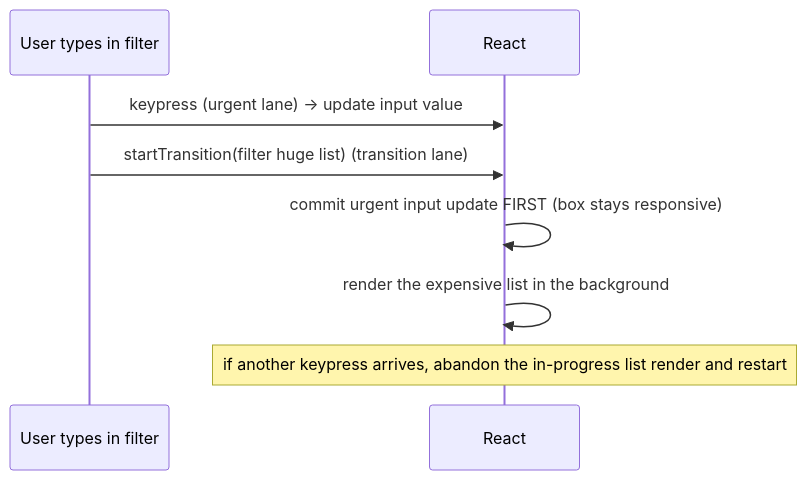
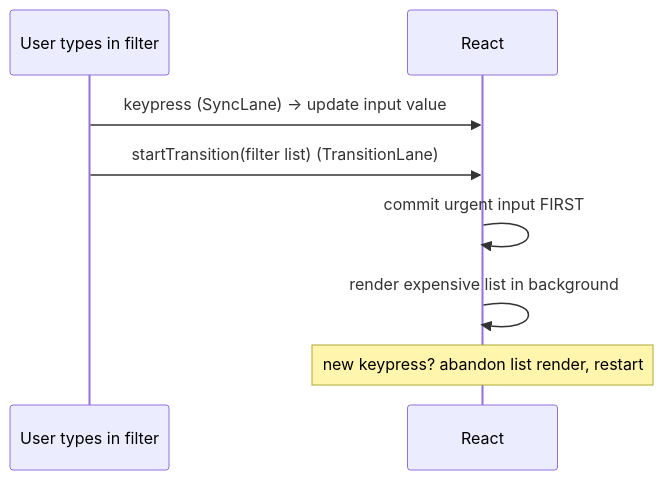
One commit to ashishxcode/frontend-internals changed the second of 2 diagrams in packages/content/content/04-react-fiber.mdx. Above: the diagram before and after it, drawn with Mermaid. The commit also changed other lines of this file and 34 other files, not shown here.

````diff
--- a/packages/content/content/04-react-fiber.mdx
+++ b/packages/content/content/04-react-fiber.mdx
@@ -84,10 +79,10 @@
 ```mermaid
 sequenceDiagram
   participant U as User types in filter
   participant R as React
-  U->>R: keypress (urgent lane) -> update input value
-  U->>R: startTransition(filter huge list) (transition lane)
-  R->>R: commit urgent input update FIRST (box stays responsive)
-  R->>R: render the expensive list in the background
-  Note over R: if another keypress arrives, abandon the in-progress list render and restart
+  U->>R: keypress (SyncLane) -> update input value
+  U->>R: startTransition(filter list) (TransitionLane)
+  R->>R: commit urgent input FIRST
+  R->>R: render expensive list in background
+  Note over R: new keypress? abandon list render, restart
 ```
````
